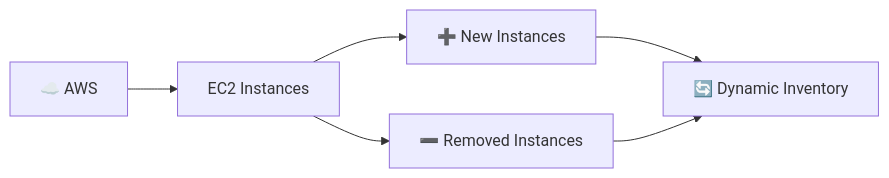
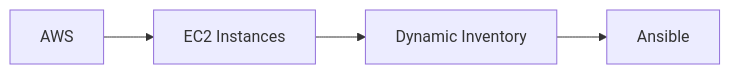
Before and after one commit to Yuvii2102/My-Devops-Cloud-Journey: diagram 11 of 37 in DevOps-Labs-and-Projects/ Day-06 to Day-12/README.md, drawn with Mermaid. The commit also changed other lines of this file, not shown here.

````diff
--- a/DevOps-Labs-and-Projects/ Day-06 to Day-12/README.md
+++ b/DevOps-Labs-and-Projects/ Day-06 to Day-12/README.md
@@ -780,8 +548,6 @@
 ```mermaid
 flowchart LR
-    A["☁️ AWS"] --> B["EC2 Instances"]
-    B --> C["➕ New Instances"]
-    B --> D["➖ Removed Instances"]
-    C --> E["🔄 Dynamic Inventory"]
-    D --> E
+    A["AWS"] --> B["EC2 Instances"]
+    B --> C["Dynamic Inventory"]
+    C --> D["Ansible"]
 ```
````
